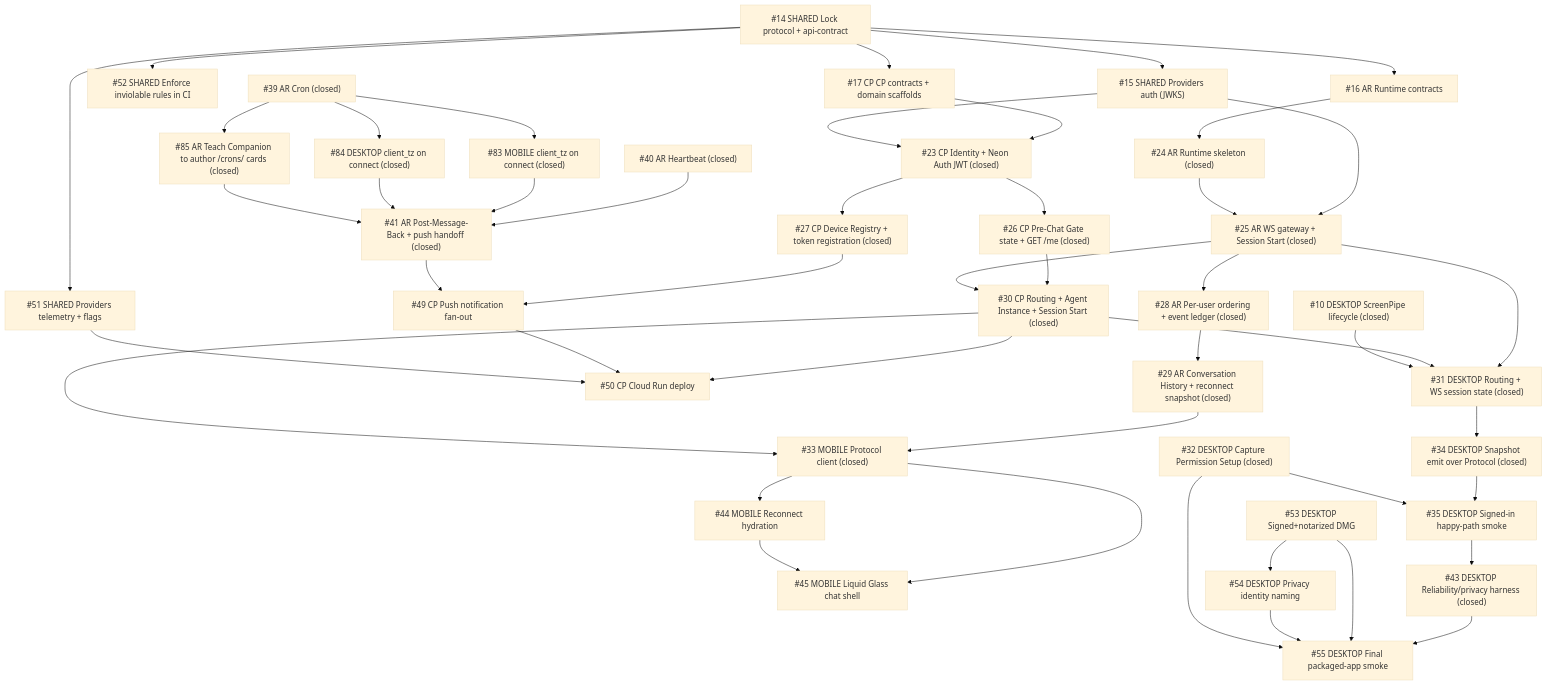
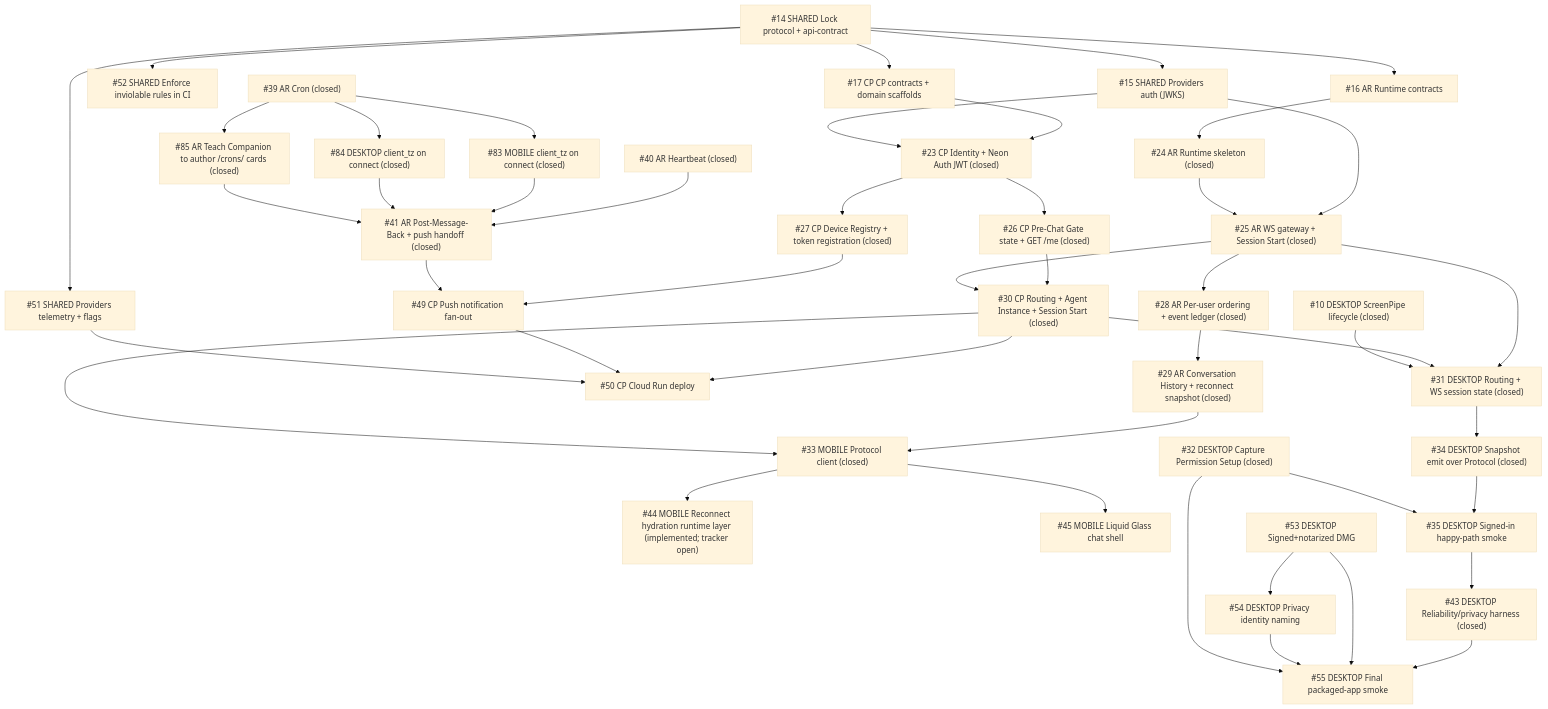
One commit to sruj75/Intentive changed the diagram in docs/ISSUE-BOARD.md. Above: the diagram before and after it, drawn with Mermaid (base theme). The commit also changed other lines of this file and 12 other files, not shown here.

````diff
--- a/docs/ISSUE-BOARD.md
+++ b/docs/ISSUE-BOARD.md
@@ -28,57 +28,56 @@
 ```mermaid
 flowchart TD
   N08["#14 SHARED Lock protocol + api-contract"] --> N09["#15 SHARED Providers auth (JWKS)"]
   N08 --> N45["#51 SHARED Providers telemetry + flags"]
   N08 --> N46["#52 SHARED Enforce inviolable rules in CI"]
 
   N08 --> N10["#16 AR Runtime contracts"]
   N08 --> N11["#17 CP CP contracts + domain scaffolds"]
 
   N10 --> N18["#24 AR Runtime skeleton (closed)"]
   N09 --> N19
   N18 --> N19["#25 AR WS gateway + Session Start (closed)"]
   N19 --> N22["#28 AR Per-user ordering + event ledger (closed)"]
   N22 --> N23["#29 AR Conversation History + reconnect snapshot (closed)"]
 
   N11 --> N17["#23 CP Identity + Neon Auth JWT (closed)"]
   N09 --> N17
   N17 --> N20["#26 CP Pre-Chat Gate state + GET /me (closed)"]
   N17 --> N21["#27 CP Device Registry + token registration (closed)"]
   N20 --> N24["#30 CP Routing + Agent Instance + Session Start (closed)"]
   N19 --> N24
   N21 --> N43["#49 CP Push notification fan-out"]
   N35["#41 AR Post-Message-Back + push handoff (closed)"] --> N43
   N54b["#40 AR Heartbeat (closed)"] --> N35
   N24 --> N44["#50 CP Cloud Run deploy"]
   N43 --> N44
   N45 --> N44
 
   N23 --> N27["#33 MOBILE Protocol client (closed)"]
   N24 --> N27
-  N27 --> N38["#44 MOBILE Reconnect hydration"]
+  N27 --> N38["#44 MOBILE Reconnect hydration runtime layer (implemented; tracker open)"]
   N27 --> N39["#45 MOBILE Liquid Glass chat shell"]
-  N38 --> N39
 
   N19 --> N25["#31 DESKTOP Routing + WS session state (closed)"]
   N24 --> N25
   N04["#10 DESKTOP ScreenPipe lifecycle (closed)"] --> N25
   N25 --> N28["#34 DESKTOP Snapshot emit over Protocol (closed)"]
   N28 --> N29["#35 DESKTOP Signed-in happy-path smoke"]
 
   N47["#53 DESKTOP Signed+notarized DMG"] --> N48["#54 DESKTOP Privacy identity naming"]
   N26["#32 DESKTOP Capture Permission Setup (closed)"] --> N29
   N49["#55 DESKTOP Final packaged-app smoke"]
   N29 --> N37["#43 DESKTOP Reliability/privacy harness (closed)"]
   N37 --> N49
   N47 --> N49
   N48 --> N49
   N26 --> N49
 
   %% Cron activation lane (#39 follow-ups, closed)
   N50["#39 AR Cron (closed)"] --> N51b["#83 MOBILE client_tz on connect (closed)"]
   N50 --> N52b["#84 DESKTOP client_tz on connect (closed)"]
   N50 --> N53b["#85 AR Teach Companion to author /crons/ cards (closed)"]
   N51b --> N35
   N52b --> N35
   N53b --> N35
 ```
````
